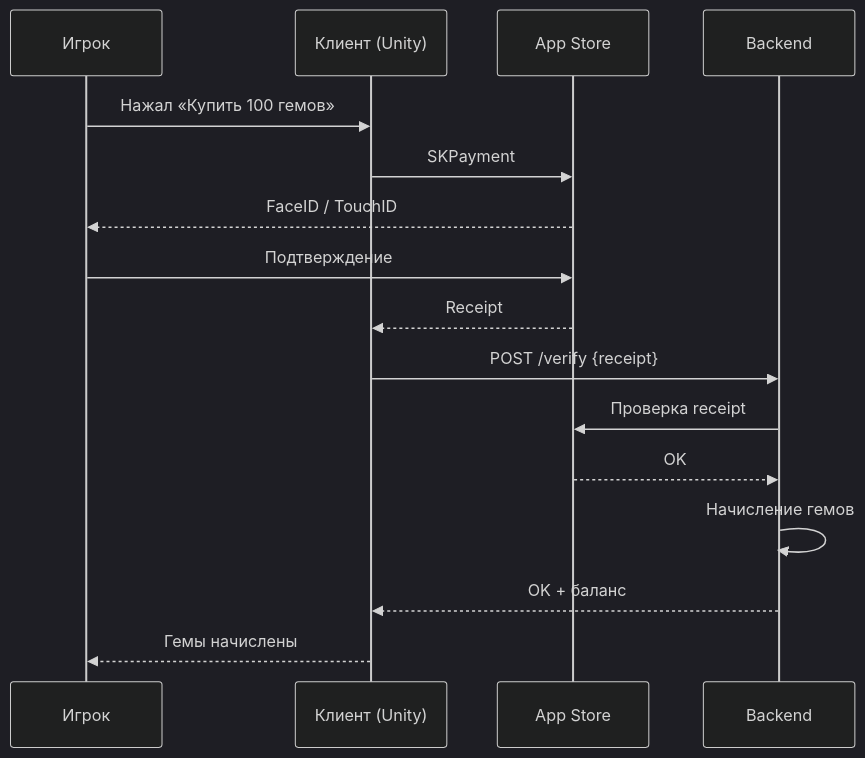
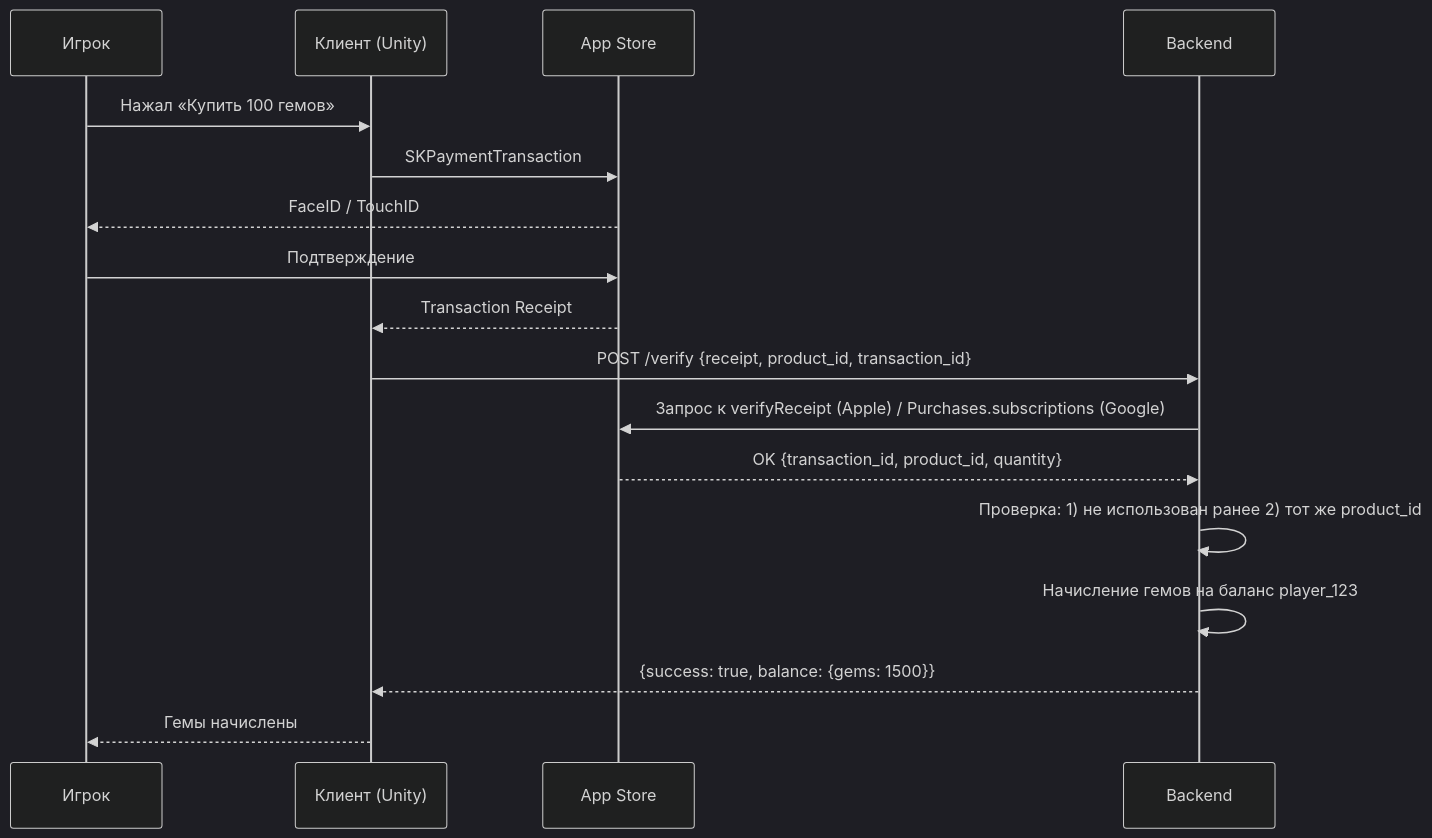
The second of 3 diagrams in docs/specialization/gamedev-monetization.md (sergeyodnoval-bot/sysanalyst-kb.github.io), drawn with Mermaid (dark theme) before and after one commit. The commit also changed other lines of this file and 7 other files, not shown here.

````diff
--- a/docs/specialization/gamedev-monetization.md
+++ b/docs/specialization/gamedev-monetization.md
@@ -49,19 +75,20 @@
 ```mermaid
 sequenceDiagram
     participant P as Игрок
     participant C as Клиент (Unity)
     participant AS as App Store
     participant BS as Backend
 
     P->>C: Нажал «Купить 100 гемов»
-    C->>AS: SKPayment
+    C->>AS: SKPaymentTransaction
     AS-->>P: FaceID / TouchID
     P->>AS: Подтверждение
-    AS-->>C: Receipt
-    C->>BS: POST /verify {receipt}
-    BS->>AS: Проверка receipt
-    AS-->>BS: OK
-    BS->>BS: Начисление гемов
-    BS-->>C: OK + баланс
+    AS-->>C: Transaction Receipt
+    C->>BS: POST /verify {receipt, product_id, transaction_id}
+    BS->>AS: Запрос к verifyReceipt (Apple) / Purchases.subscriptions (Google)
+    AS-->>BS: OK {transaction_id, product_id, quantity}
+    BS->>BS: Проверка: 1) не использован ранее 2) тот же product_id
+    BS->>BS: Начисление гемов на баланс player_123
+    BS-->>C: {success: true, balance: {gems: 1500}}
     C-->>P: Гемы начислены
 ```
````
